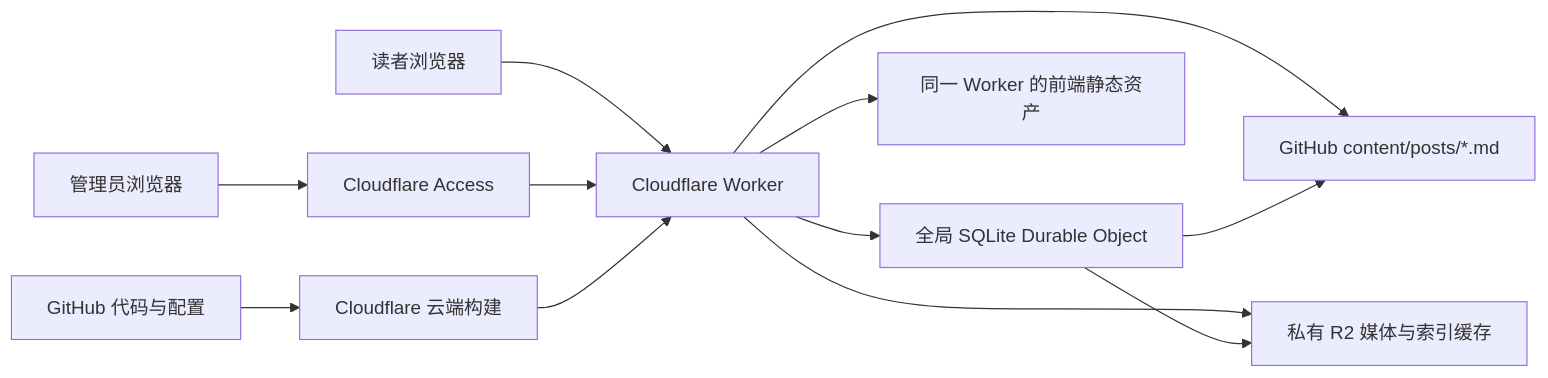
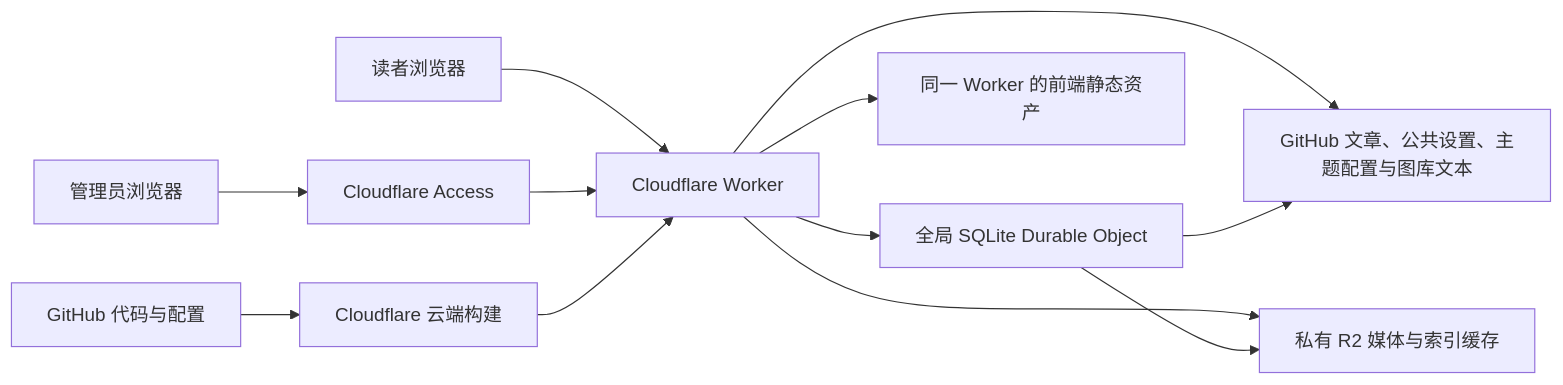
The diagram in docs/ARCHITECTURE.md (Nivek-Z/mob), drawn with Mermaid before and after one commit. The commit also changed other lines of this file and 19 other files, not shown here.

Commit message:
docs: define GitHub text, R2 media and extensible theme contracts

````diff
--- a/docs/ARCHITECTURE.md
+++ b/docs/ARCHITECTURE.md
@@ -5,14 +8,14 @@
 ```mermaid
 flowchart LR
     Reader[读者浏览器] --> Worker[Cloudflare Worker]
     Editor[管理员浏览器] --> Access[Cloudflare Access]
     Access --> Worker
-    Worker --> GitHub[GitHub content/posts/*.md]
+    Worker --> GitHub[GitHub 文章、公共设置、主题配置与图库文本]
     Worker --> R2[私有 R2 媒体与索引缓存]
     Worker --> Mutations[全局 SQLite Durable Object]
     Mutations --> GitHub
     Mutations --> R2
     Worker --> Assets[同一 Worker 的前端静态资产]
     Repo[GitHub 代码与配置] --> Build[Cloudflare 云端构建]
     Build --> Worker
 ```
````
